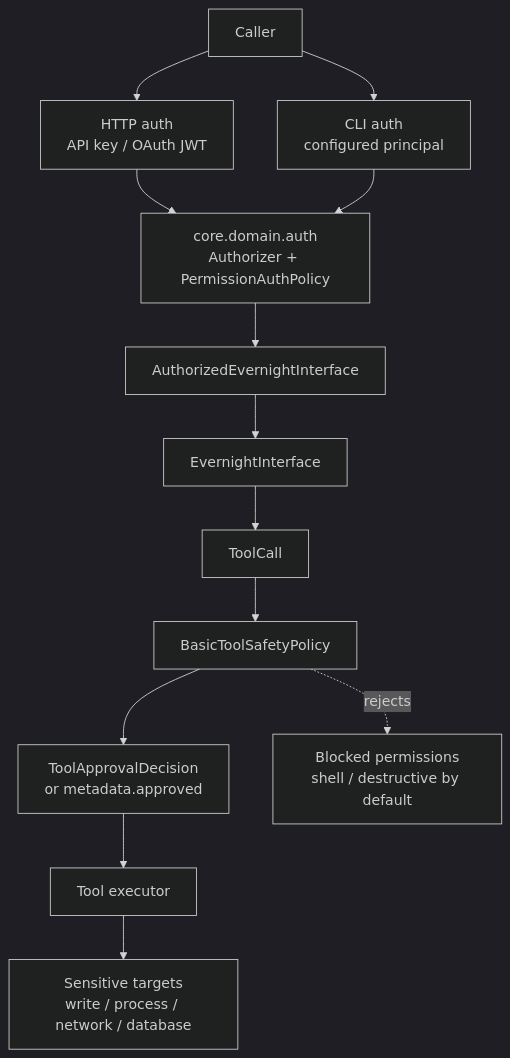
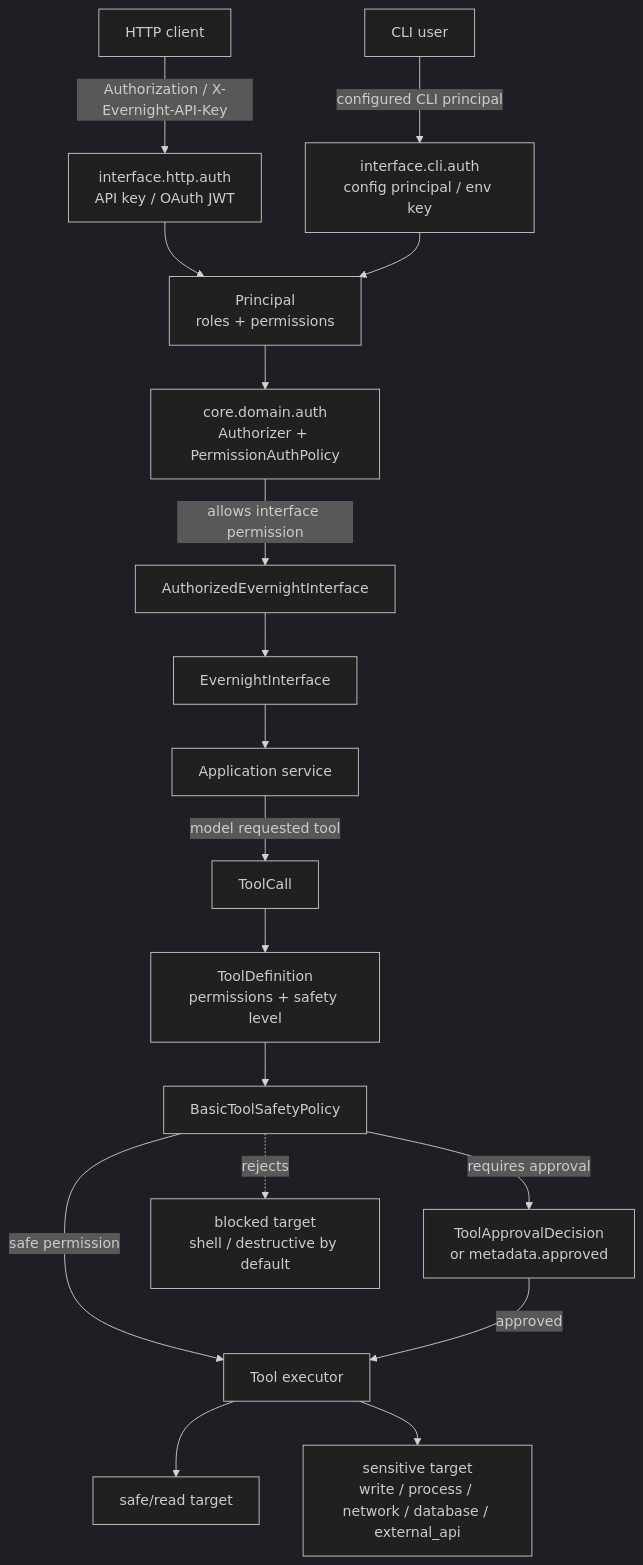
Before and after one commit to Evernight275/EvernightAI: the fifth of 6 diagrams in docs/architecture-diagrams.md, drawn with Mermaid (dark theme). The commit also changed other lines of this file, not shown here.

Commit message:
Clarify architecture diagram views

````diff
--- a/docs/architecture-diagrams.md
+++ b/docs/architecture-diagrams.md
@@ -267,32 +237,44 @@
 ```mermaid
 flowchart TD
-    User["Caller"]
-    HTTPAuth["HTTP auth<br/>API key / OAuth JWT"]
-    CLIAuth["CLI auth<br/>configured principal"]
+    HTTPClient["HTTP client"]
+    CLIUser["CLI user"]
+
+    HTTPAuth["interface.http.auth<br/>API key / OAuth JWT"]
+    CLIAuth["interface.cli.auth<br/>config principal / env key"]
+    Principal["Principal<br/>roles + permissions"]
     Authorizer["core.domain.auth<br/>Authorizer + PermissionAuthPolicy"]
     AuthorizedInterface["AuthorizedEvernightInterface"]
     Interface["EvernightInterface"]
 
+    App["Application service"]
     ToolCall["ToolCall"]
+    ToolDefinition["ToolDefinition<br/>permissions + safety level"]
     ToolPolicy["BasicToolSafetyPolicy"]
     Approval["ToolApprovalDecision<br/>or metadata.approved"]
-    ToolExecutor["Tool executor"]
+    Executor["Tool executor"]
 
-    SensitiveTargets["Sensitive targets<br/>write / process / network / database"]
-    BlockedTargets["Blocked permissions<br/>shell / destructive by default"]
+    SafeTarget["safe/read target"]
+    SensitiveTarget["sensitive target<br/>write / process / network / database / external_api"]
+    BlockedTarget["blocked target<br/>shell / destructive by default"]
 
-    User --> HTTPAuth
-    User --> CLIAuth
-    HTTPAuth --> Authorizer
-    CLIAuth --> Authorizer
-    Authorizer --> AuthorizedInterface
+    HTTPClient -- "Authorization / X-Evernight-API-Key" --> HTTPAuth
+    CLIUser -- "configured CLI principal" --> CLIAuth
+    HTTPAuth --> Principal
+    CLIAuth --> Principal
+    Principal --> Authorizer
+    Authorizer -- "allows interface permission" --> AuthorizedInterface
     AuthorizedInterface --> Interface
+    Interface --> App
 
-    Interface --> ToolCall
-    ToolCall --> ToolPolicy
-    ToolPolicy --> Approval
-    Approval --> ToolExecutor
-    ToolExecutor --> SensitiveTargets
+    App -- "model requested tool" --> ToolCall
+    ToolCall --> ToolDefinition
+    ToolDefinition --> ToolPolicy
 
-    ToolPolicy -. rejects .-> BlockedTargets
+    ToolPolicy -- "safe permission" --> Executor
+    ToolPolicy -- "requires approval" --> Approval
+    Approval -- "approved" --> Executor
+    ToolPolicy -. "rejects" .-> BlockedTarget
+
+    Executor --> SafeTarget
+    Executor --> SensitiveTarget
 ```
````
